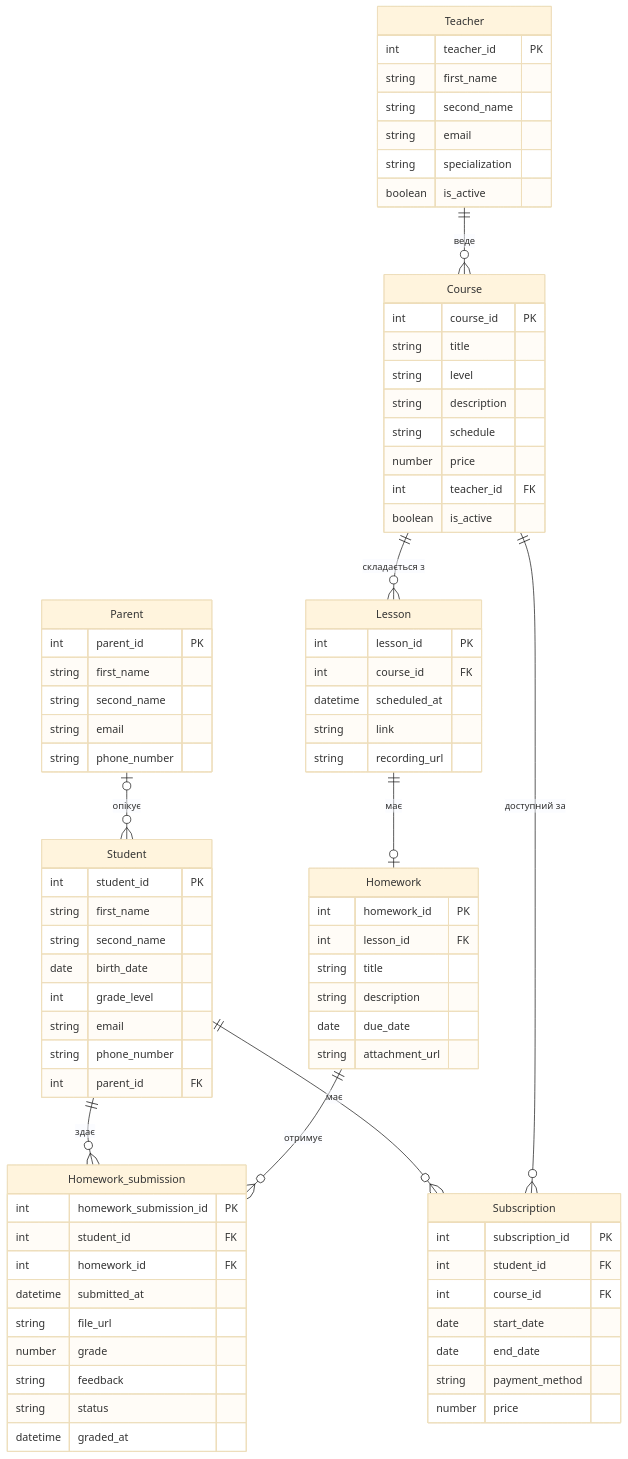
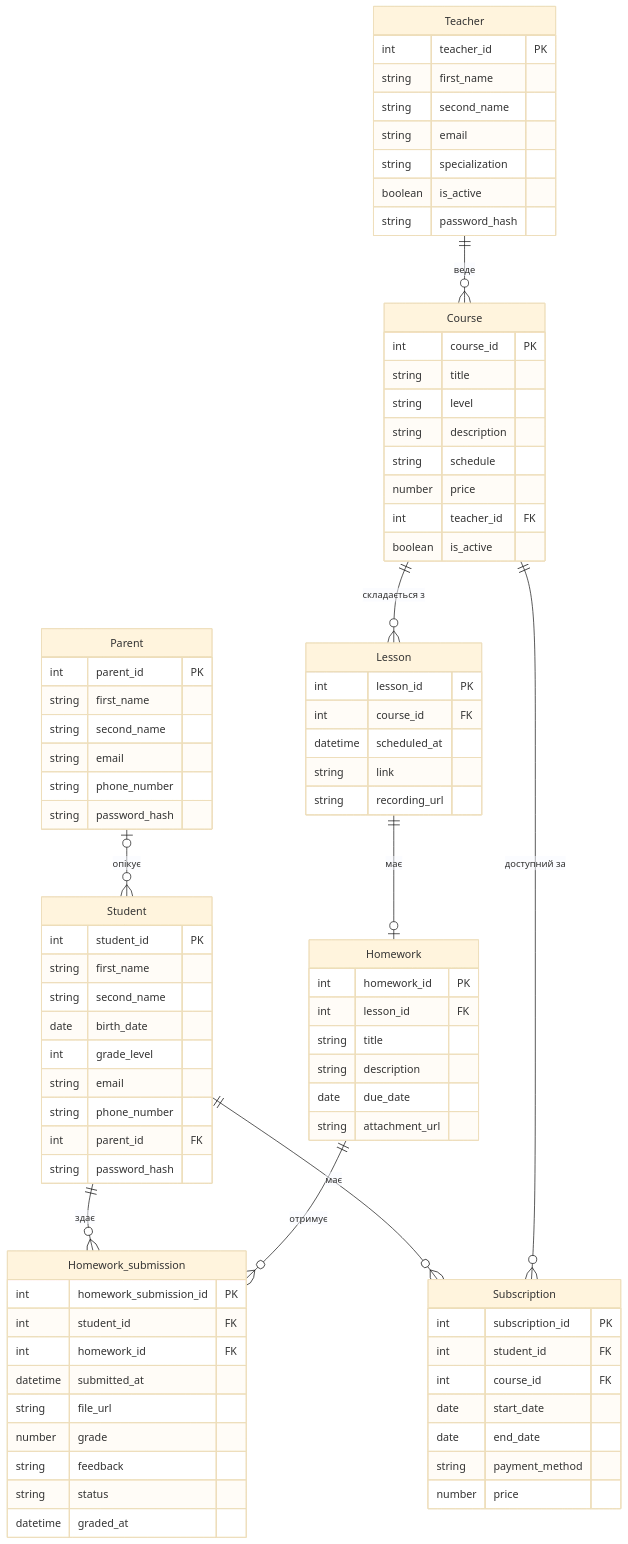
The diagram in model.mmd (grmaryna/MathHub), drawn with Mermaid (base theme) before and after one commit. The commit also changed 1 other file, not shown here.

Commit message:
model: додано атрибут password_hash до діаграми

```diff
--- a/model.mmd
+++ b/model.mmd
@@ -1,87 +1,90 @@
 erDiagram
     Parent |o--o{ Student : "опікує"
     Teacher ||--o{ Course : "веде"
     Course ||--o{ Lesson : "складається з"
     Lesson ||--o| Homework : "має"
     Student ||--o{ Homework_submission : "здає"
     Homework ||--o{ Homework_submission : "отримує"
     Student ||--o{ Subscription : "має"
     Course ||--o{ Subscription : "доступний за"
 
     Parent {
         int parent_id PK
         string first_name
         string second_name
         string email
         string phone_number
+        string password_hash
     }
 
     Student {
         int student_id PK
         string first_name
         string second_name
         date birth_date
         int grade_level
         string email
         string phone_number
         int parent_id FK
+        string password_hash
     }
 
     Teacher {
         int teacher_id PK
         string first_name
         string second_name
         string email
         string specialization
         boolean is_active
+        string password_hash
     }
 
     Course {
         int course_id PK
         string title
         string level
         string description
         string schedule
         number price
         int teacher_id FK
         boolean is_active
     }
 
     Lesson {
         int lesson_id PK
         int course_id FK
         datetime scheduled_at
         string link
         string recording_url
     }
 
     Homework {
         int homework_id PK
         int lesson_id FK
         string title
         string description
         date due_date
         string attachment_url
     }
 
     Homework_submission {
         int homework_submission_id PK
         int student_id FK
         int homework_id FK
         datetime submitted_at
         string file_url
         number grade
         string feedback
         string status
         datetime graded_at
     }
 
     Subscription {
         int subscription_id PK
         int student_id FK
         int course_id FK
         date start_date
         date end_date
         string payment_method
         number price
     }
```
